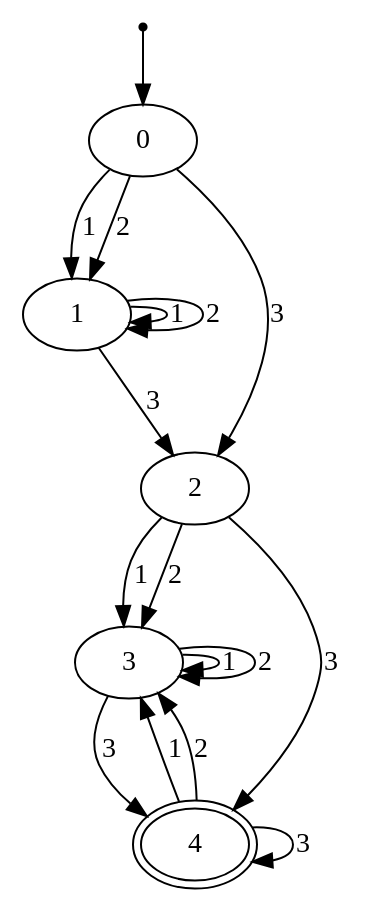
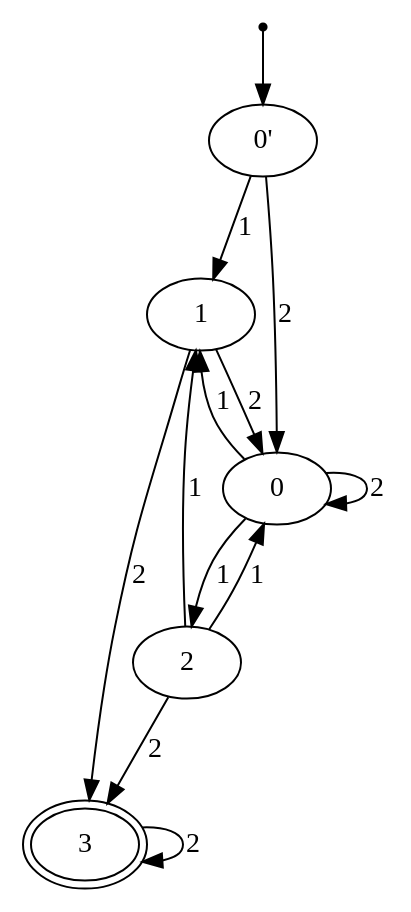
Before and after one commit to kladier/projetTL: the diagram in automate-project/tmp.dot, drawn with Graphviz. The commit also changed 29 other files, not shown here.

```diff
--- a/automate-project/tmp.dot
+++ b/automate-project/tmp.dot
@@ -1,24 +1,20 @@
 digraph a { 
-"F0"[shape=point] ;
-"F0"->"0" ;
+"F0'"[shape=point] ;
+"F0'"->"0'" ;
+"0'"->"1" [label="1"] ;
+"0'"->"0" [label="2"] ;
+"0" ;
 "0"->"1" [label="1"] ;
-"0"->"1" [label="2"] ;
-"0"->"2" [label="3"] ;
+"0"->"2" [label="1"] ;
+"0"->"0" [label="2"] ;
 "1" ;
-"1"->"1" [label="1"] ;
-"1"->"1" [label="2"] ;
-"1"->"2" [label="3"] ;
+"1"->"3" [label="2"] ;
+"1"->"0" [label="2"] ;
 "2" ;
-"2"->"3" [label="1"] ;
+"2"->"1" [label="1"] ;
+"2"->"0" [label="1"] ;
 "2"->"3" [label="2"] ;
-"2"->"4" [label="3"] ;
-"3" ;
-"3"->"3" [label="1"] ;
+"3"[peripheries=2] ;
 "3"->"3" [label="2"] ;
-"3"->"4" [label="3"] ;
-"4"[peripheries=2] ;
-"4"->"3" [label="1"] ;
-"4"->"3" [label="2"] ;
-"4"->"4" [label="3"] ;
 
  }
```
